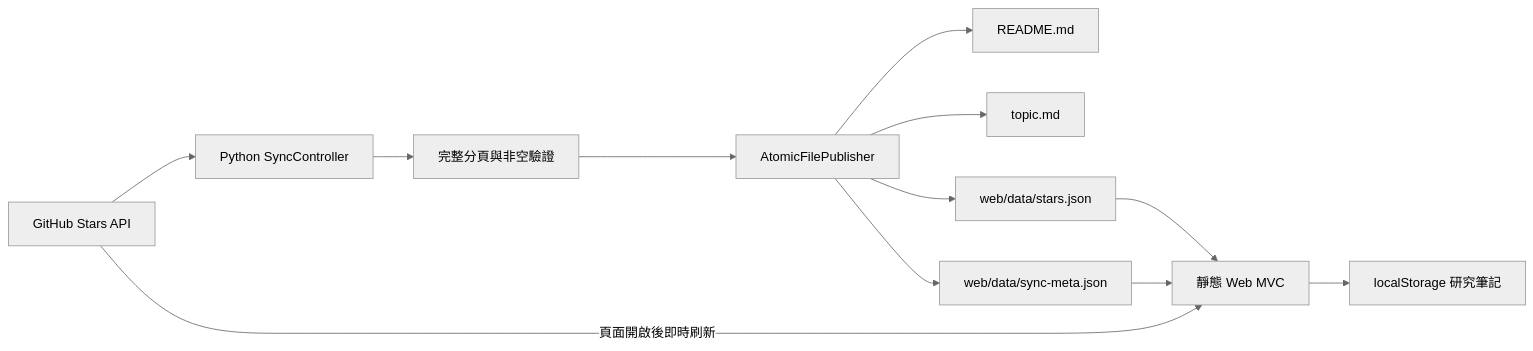
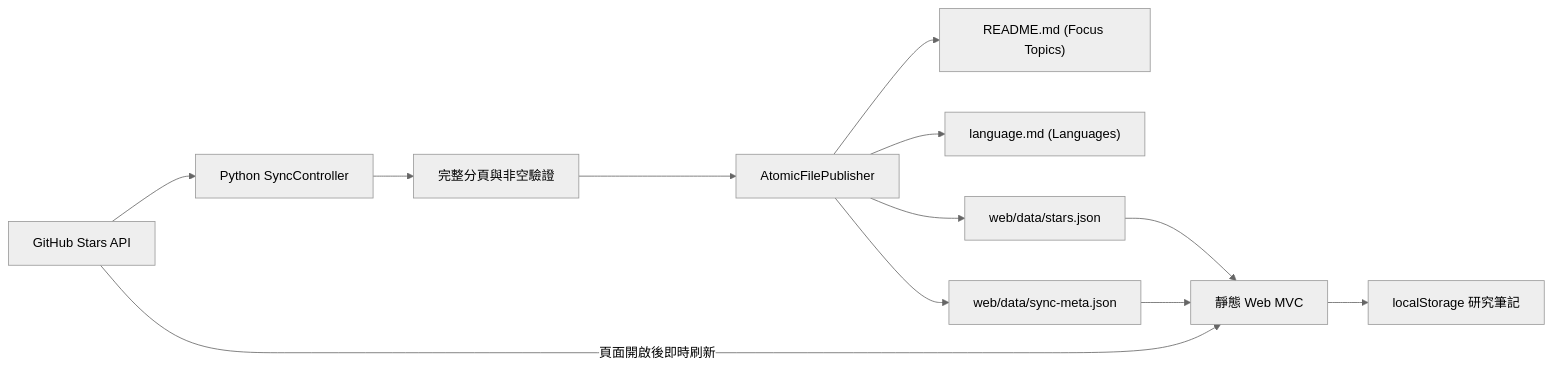
The first of 2 diagrams in docs/architecture.md (Andy87877/GitHub-Star-Manager), drawn with Mermaid (neutral theme) before and after one commit. The commit also changed other lines of this file and 13 other files, not shown here.

````diff
--- a/docs/architecture.md
+++ b/docs/architecture.md
@@ -22,14 +22,14 @@
 ```mermaid
 flowchart LR
     GH["GitHub Stars API"] --> PY["Python SyncController"]
     PY --> VALIDATE["完整分頁與非空驗證"]
     VALIDATE --> PUBLISH["AtomicFilePublisher"]
-    PUBLISH --> README["README.md"]
-    PUBLISH --> TOPICS["topic.md"]
+    PUBLISH --> README["README.md (Focus Topics)"]
+    PUBLISH --> LANG["language.md (Languages)"]
     PUBLISH --> JSON["web/data/stars.json"]
     PUBLISH --> META["web/data/sync-meta.json"]
     JSON --> WEB["靜態 Web MVC"]
     META --> WEB
     GH -->|"頁面開啟後即時刷新"| WEB
     WEB --> NOTES["localStorage 研究筆記"]
 ```
````
